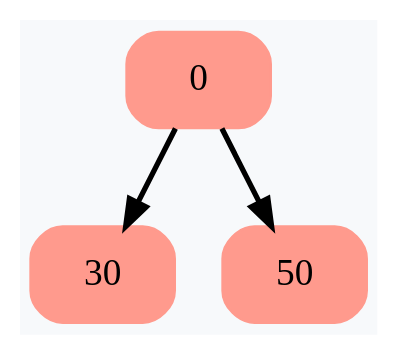
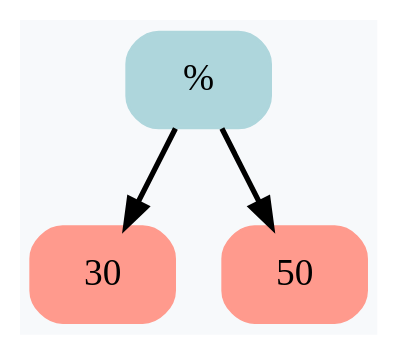
Before and after one commit to RTCupid/Differentiator: the diagram in Expression.dot, drawn with Graphviz. The commit also changed 6 other files, not shown here.

```diff
--- a/Expression.dot
+++ b/Expression.dot
@@ -1,9 +1,9 @@
 digraph G {
 	rankdir = HR;
 	bgcolor="#F7F9FB"
-	 node0x5030000000a0 [shape=Mrecord; style=filled; color="#ff9a8d"; label =  "0 " ];
+	 node0x5030000000a0 [shape=Mrecord; style=filled; color="#aed6dc"; label =  "% " ];
 	 node0x5030000000a0 -> node0x503000000040 [ style=bold; weight=1000; ];
 	 node0x5030000000a0 -> node0x503000000070 [ style=bold; weight=1000; ];
 	 node0x503000000040 [shape=Mrecord; style=filled; color="#ff9a8d"; label =  "30 " ];
 	 node0x503000000070 [shape=Mrecord; style=filled; color="#ff9a8d"; label =  "50 " ];
 }
```
